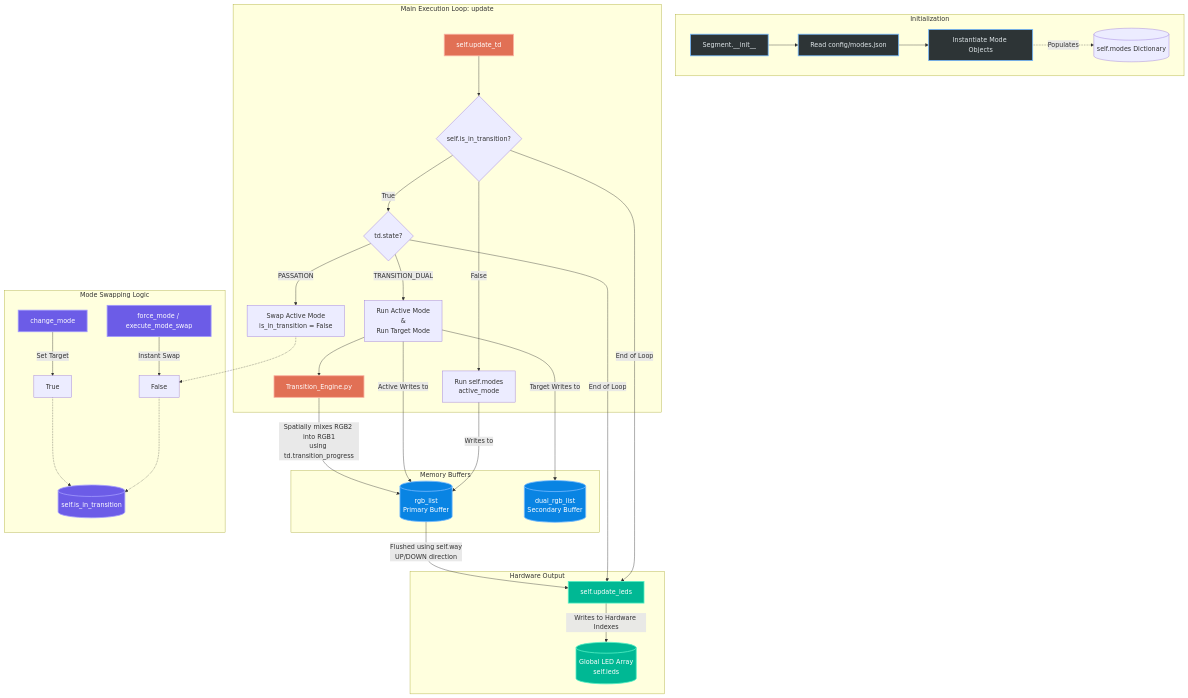
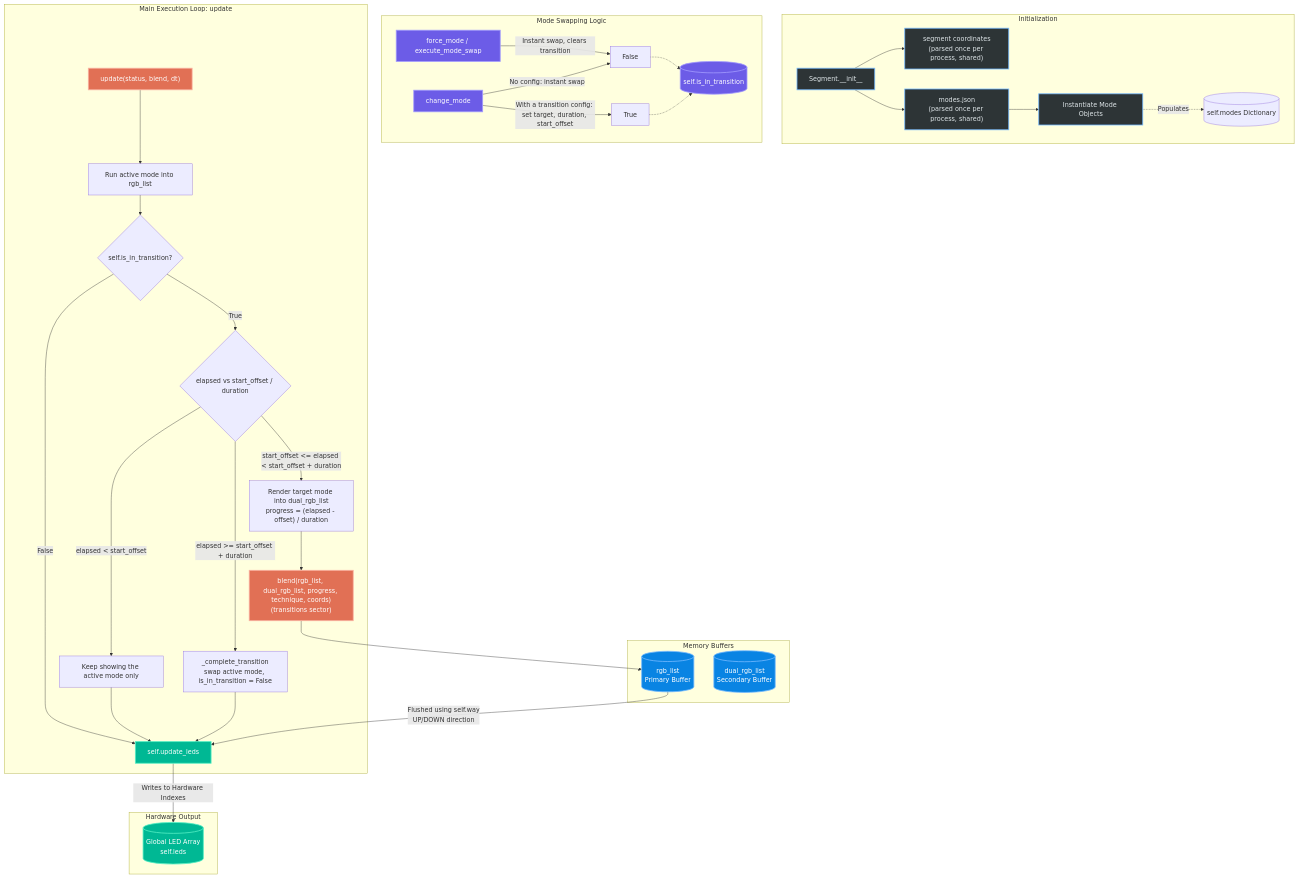
Before and after one commit to LucRobey/vialactee: the diagram in core/precisions/segment.md, drawn with Mermaid. The commit also changed other lines of this file and 61 other files, not shown here.

````diff
--- a/core/precisions/segment.md
+++ b/core/precisions/segment.md
@@ -9,67 +9,65 @@
 ```mermaid
 flowchart TD
     %% Define styles
     classDef init fill:#2d3436,stroke:#74b9ff,stroke-width:2px,color:#dfe6e9
     classDef buffer fill:#0984e3,stroke:#74b9ff,stroke-width:2px,color:#fff
     classDef state fill:#6c5ce7,stroke:#a29bfe,stroke-width:2px,color:#fff
     classDef engine fill:#e17055,stroke:#fab1a0,stroke-width:2px,color:#fff
     classDef hw fill:#00b894,stroke:#55efc4,stroke-width:2px,color:#fff
 
     subgraph Initialization
         Init[Segment.__init__]:::init
-        LoadJSON[Read config/modes.json]:::init
+        LoadJSON["modes.json<br/>(parsed once per process, shared)"]:::init
+        LoadCoords["segment coordinates<br/>(parsed once per process, shared)"]:::init
         InitModes[Instantiate Mode Objects]:::init
-  
+
+        Init --> LoadCoords
         Init --> LoadJSON --> InitModes
         InitModes -.->|Populates| ModeDict[(self.modes Dictionary)]
     end
 
     subgraph Memory Buffers
         RGB1[(rgb_list\nPrimary Buffer)]:::buffer
         RGB2[(dual_rgb_list\nSecondary Buffer)]:::buffer
     end
 
     subgraph Mode Swapping Logic
         CmdChange[change_mode]:::state
         CmdForce[force_mode / execute_mode_swap]:::state
         State[(self.is_in_transition)]:::state
-  
-        CmdForce -->|Instant Swap| StateNormal[False]
-        CmdChange -->|Set Target| StateTrans[True]
-  
+
+        CmdForce -->|Instant swap, clears transition| StateNormal[False]
+        CmdChange -->|"With a transition config: set target, duration, start_offset"| StateTrans[True]
+        CmdChange -->|"No config: instant swap"| StateNormal
+
         StateNormal -.-> State
         StateTrans -.-> State
     end
 
     subgraph Main Execution Loop: update
-        UpdateLoop[self.update_td]:::engine
-  
-        UpdateLoop --> CheckState{self.is_in_transition?}
-  
-        CheckState -->|False| RunActive[Run self.modes\nactive_mode]
-        RunActive -->|Writes to| RGB1
-  
-        CheckState -->|True| CheckTD{td.state?}
-        CheckTD -->|TRANSITION_DUAL| RunBoth[Run Active Mode\n&\nRun Target Mode]
-  
-        RunBoth -->|Active Writes to| RGB1
-        RunBoth -->|Target Writes to| RGB2
-  
-        RunBoth --> Mix[Transition_Engine.py]:::engine
-        Mix -->|Spatially mixes RGB2 into RGB1\nusing td.transition_progress| RGB1
-  
-        CheckTD -->|PASSATION| FinishTrans[Swap Active Mode\nis_in_transition = False]
-        FinishTrans -.-> StateNormal
+        UpdateLoop["update(status, blend, dt)"]:::engine
+
+        UpdateLoop --> RunActive[Run active mode into rgb_list]
+        RunActive --> CheckState{self.is_in_transition?}
+
+        CheckState -->|False| Flush
+        CheckState -->|True| Timeline{"elapsed vs start_offset / duration"}
+
+        Timeline -->|"elapsed < start_offset"| Waiting[Keep showing the active mode only]
+        Timeline -->|"start_offset <= elapsed < start_offset + duration"| RunBoth["Render target mode into dual_rgb_list<br/>progress = (elapsed - offset) / duration"]
+        Timeline -->|"elapsed >= start_offset + duration"| Complete["_complete_transition<br/>swap active mode, is_in_transition = False"]
+
+        RunBoth --> Mix["blend(rgb_list, dual_rgb_list, progress, technique, coords)<br/>(transitions sector)"]:::engine
+        Mix --> RGB1
+        Waiting --> Flush
+        Complete --> Flush
     end
 
     subgraph Hardware Output
-        UpdateLeds[self.update_leds]:::hw
+        Flush[self.update_leds]:::hw
         GlobalLEDs[(Global LED Array\nself.leds)]:::hw
-  
-        CheckState -->|End of Loop| UpdateLeds
-        CheckTD -->|End of Loop| UpdateLeds
-  
-        RGB1 -->|Flushed using self.way\nUP/DOWN direction| UpdateLeds
-        UpdateLeds -->|Writes to Hardware Indexes| GlobalLEDs
+
+        RGB1 --> |Flushed using self.way\nUP/DOWN direction| Flush
+        Flush --> |Writes to Hardware Indexes| GlobalLEDs
     end
 ```
````
